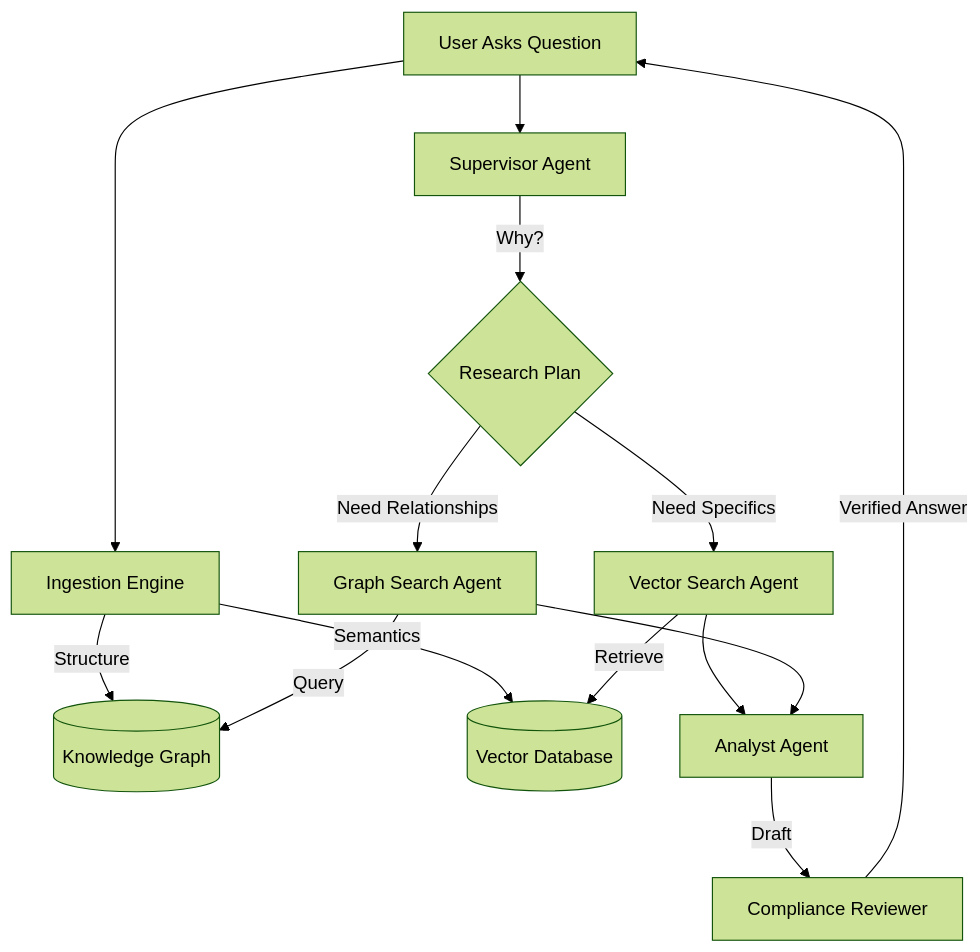
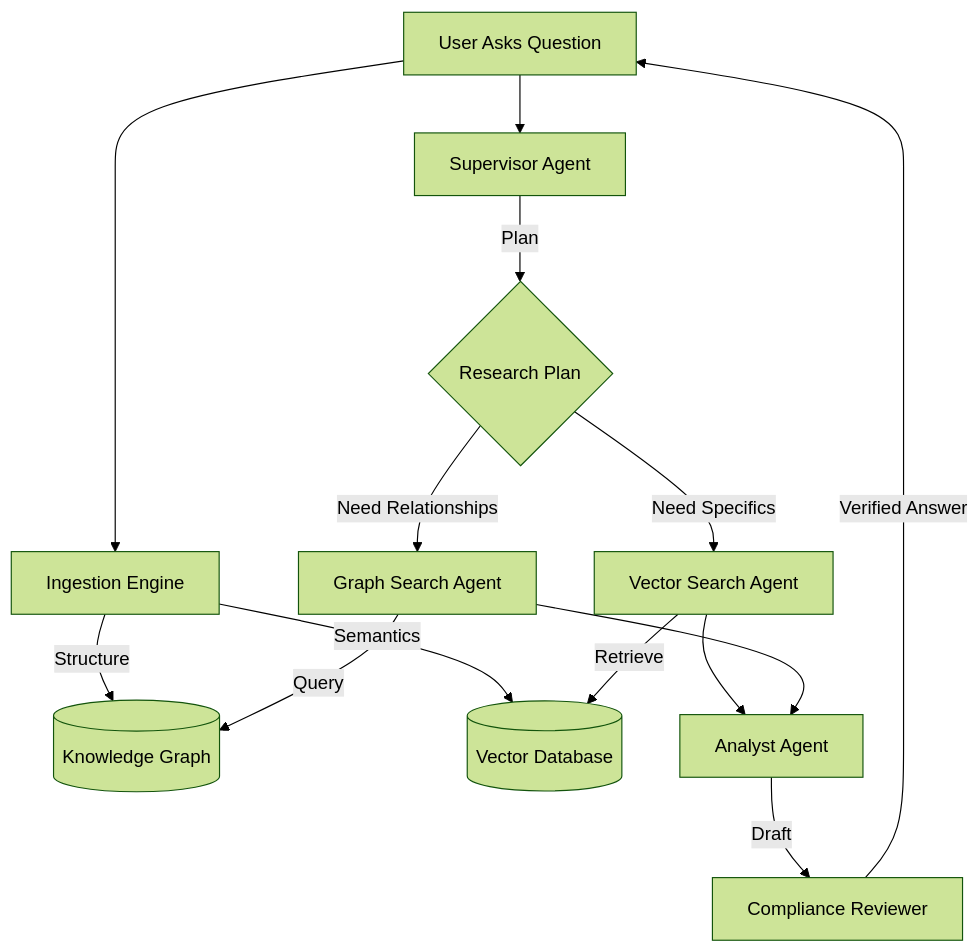
Before and after one commit to avishka-hashara/Autonomous-Corporate-Research-Analyst-with-GraphRAG-and-Multi-Agent-Orchestration: the diagram in README.md, drawn with Mermaid (forest theme). The commit also changed other lines of this file and 2 other files, not shown here.

````diff
--- a/README.md
+++ b/README.md
@@ -35,19 +35,19 @@
 ```mermaid
 graph TD
     User[User Uploads PDF] --> Ingest[Ingestion Engine]
     Ingest -->|Structure| KnowledgeGraph[(Knowledge Graph)]
     Ingest -->|Semantics| VectorDB[(Vector Database)]
     
     User[User Asks Question] --> Supervisor[Supervisor Agent]
-    Supervisor -->|Why?| Planner{Research Plan}
+    Supervisor -->|Plan| Planner{Research Plan}
     
     Planner -->|Need Specifics| VectorWorker[Vector Search Agent]
     Planner -->|Need Relationships| GraphWorker[Graph Search Agent]
     
     VectorWorker -->|Retrieve| VectorDB
     GraphWorker -->|Query| KnowledgeGraph
     
     VectorWorker & GraphWorker --> Generator[Analyst Agent]
     Generator -->|Draft| Reviewer[Compliance Reviewer]
     Reviewer -->|Verified Answer| User
 ```
````
